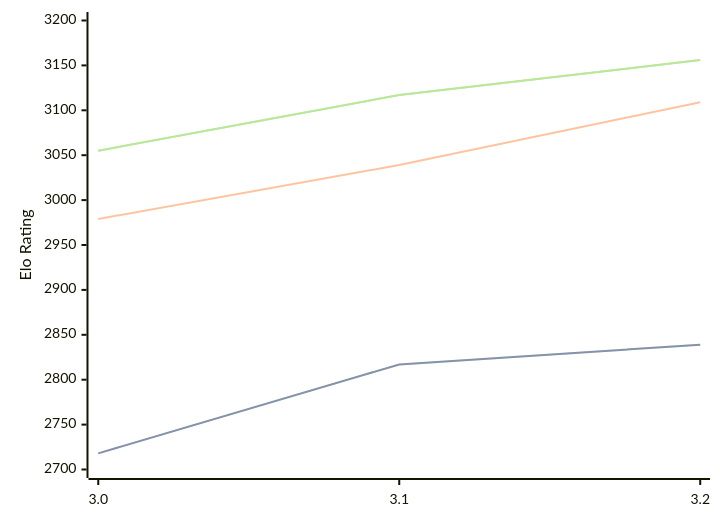
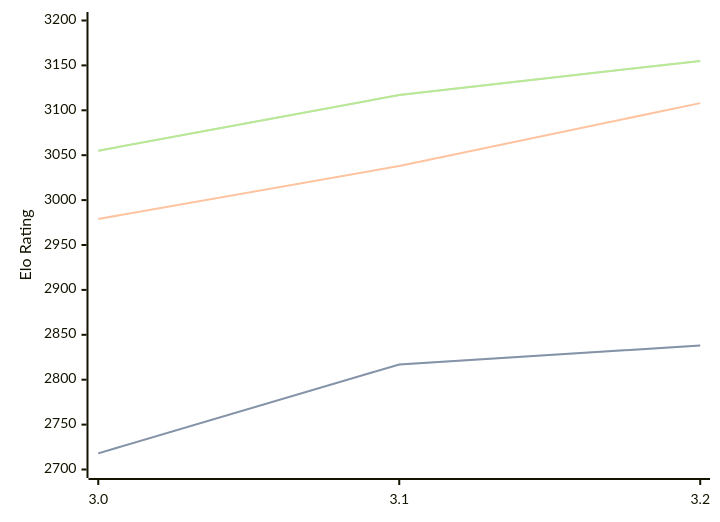
One commit to computer-chess-index/cci changed the first of 3 diagrams in engines/Vajolet2.md. Above: the diagram before and after it, drawn with Mermaid. The commit also changed other lines of this file, not shown here.

Commit message:
Update CCI Ratings (ELO VLTC) - 2026-06-27

````diff
--- a/engines/Vajolet2.md
+++ b/engines/Vajolet2.md
@@ -41,11 +41,11 @@
 ```mermaid
 %%{init: {"theme":"base","themeVariables":{"seriesColors:['#a3a3a3','#222221','#faa371']}}}%%
 xychart-beta
   x-axis ["3.0", "3.1", "3.2"]
   y-axis "Elo Rating" 2700 --> 3200
-  line "STC (8.0+0.08s)" [2718, 2817, 2839]
-  line "STC (8.0+0.08s)" [2718, 2817, 2839]
-  line "LTC (60.0+0.60s)" [2979, 3039, 3109]
-  line "VLTC (2m24s+1.12s)" [3055, 3117, 3156]
-  line "VLTC (2m24s+1.12s)" [3055, 3117, 3156]
+  line "STC (8.0+0.08s)" [2718, 2817, 2838]
+  line "STC (8.0+0.08s)" [2718, 2817, 2838]
+  line "LTC (60.0+0.60s)" [2979, 3038, 3108]
+  line "VLTC (2m24s+1.12s)" [3055, 3117, 3155]
+  line "VLTC (2m24s+1.12s)" [3055, 3117, 3155]
 ```
````
